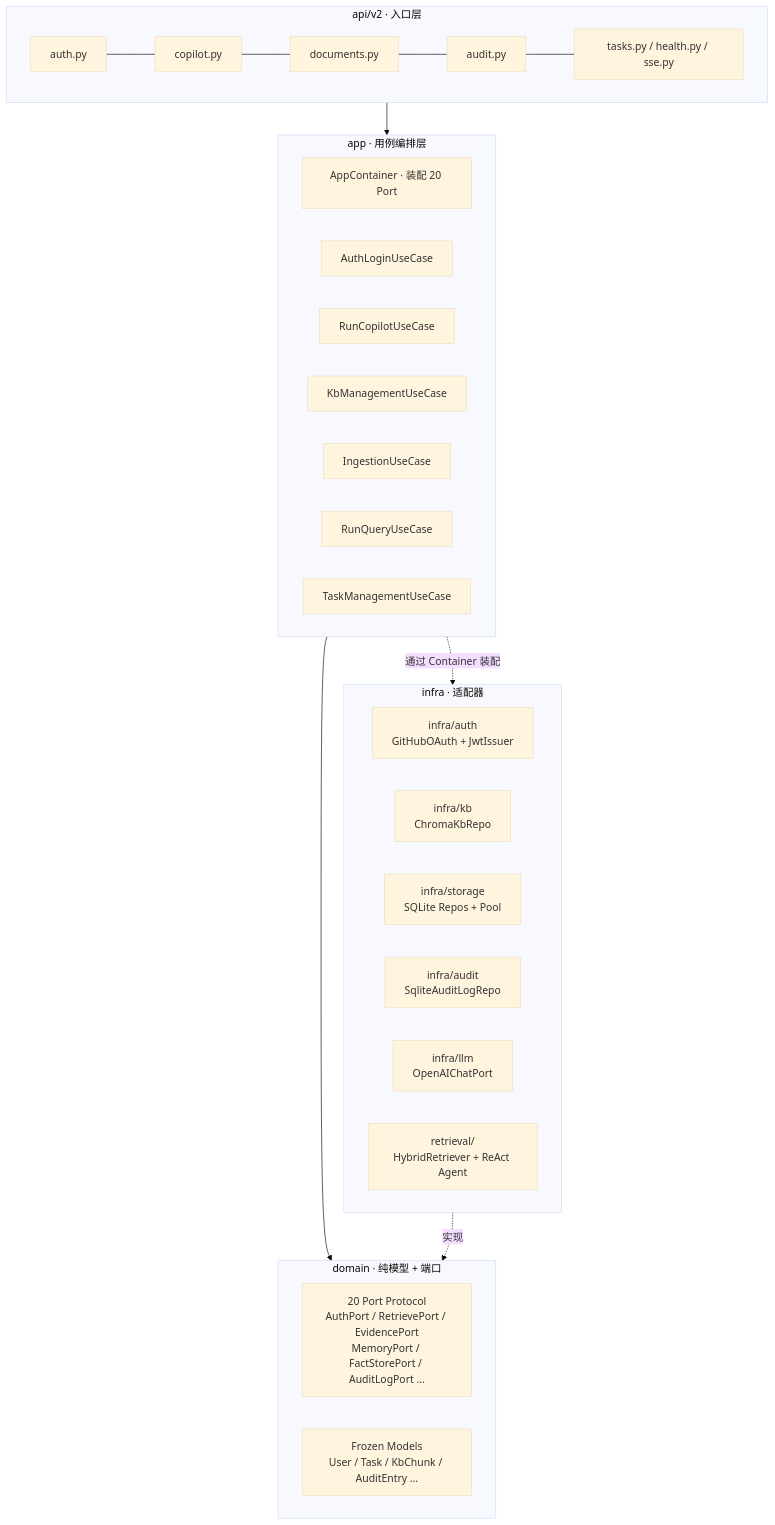
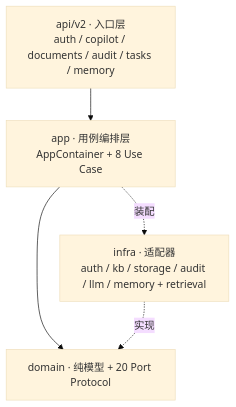
The first of 2 diagrams in README.md (Melodymll01/riskpilot-cross-border-data-agent), drawn with Mermaid (base theme) before and after one commit. The commit also changed other lines of this file, not shown here.

````diff
--- a/README.md
+++ b/README.md
@@ -84,38 +59,11 @@
 ```mermaid
 flowchart TB
-    subgraph API[api/v2 · 入口层]
-        R1[auth.py] --- R2[copilot.py]
-        R2 --- R3[documents.py]
-        R3 --- R4[audit.py]
-        R4 --- R5[tasks.py / health.py / sse.py]
-    end
+    API[api/v2 · 入口层<br/>auth / copilot / documents / audit / tasks / memory]
+    APP[app · 用例编排层<br/>AppContainer + 8 Use Case]
+    DOMAIN[domain · 纯模型 + 20 Port Protocol]
+    INFRA[infra · 适配器<br/>auth / kb / storage / audit / llm / memory + retrieval]
 
-    subgraph APP[app · 用例编排层]
-        C[AppContainer · 装配 20 Port]
-        U1[AuthLoginUseCase]
-        U2[RunCopilotUseCase]
-        U3[KbManagementUseCase]
-        U4[IngestionUseCase]
-        U5[RunQueryUseCase]
-        U6[TaskManagementUseCase]
-    end
-
-    subgraph DOMAIN[domain · 纯模型 + 端口]
-        P[20 Port Protocol<br/>AuthPort / RetrievePort / EvidencePort<br/>MemoryPort / FactStorePort / AuditLogPort ...]
-        M[Frozen Models<br/>User / Task / KbChunk / AuditEntry ...]
-    end
-
-    subgraph INFRA[infra · 适配器]
-        I1[infra/auth<br/>GitHubOAuth + JwtIssuer]
-        I2[infra/kb<br/>ChromaKbRepo]
-        I3[infra/storage<br/>SQLite Repos + Pool]
-        I4[infra/audit<br/>SqliteAuditLogRepo]
-        I5[infra/llm<br/>OpenAIChatPort]
-        I6[retrieval/<br/>HybridRetriever + ReAct Agent]
-    end
-
-    API --> APP
-    APP --> DOMAIN
+    API --> APP --> DOMAIN
     INFRA -.实现.-> DOMAIN
-    APP -.通过 Container 装配.-> INFRA
+    APP -.装配.-> INFRA
 ```
````
